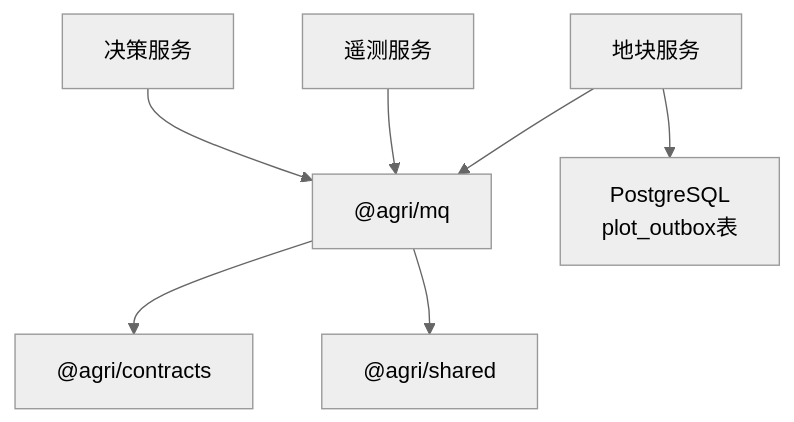
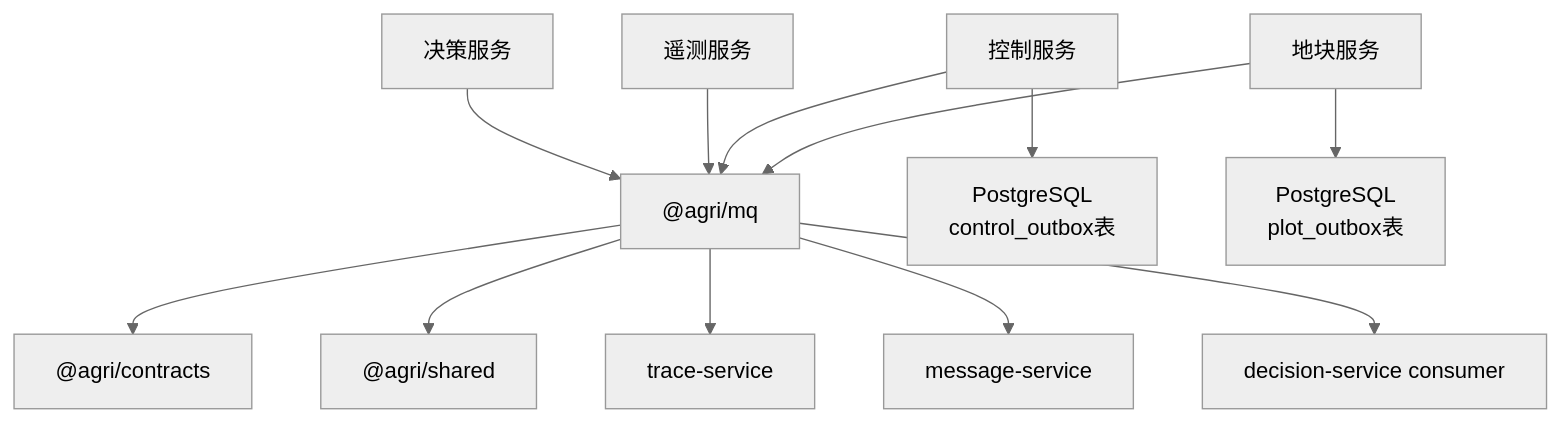
One commit to q446328246/agri-platform changed diagram 16 of 20 in .qoder/repowiki/zh/content/架构设计/事件驱动架构/事件驱动架构.md. Above: the diagram before and after it, drawn with Mermaid (neutral theme). The commit also changed other lines of this file and 35 other files, not shown here.

````diff
--- a/.qoder/repowiki/zh/content/架构设计/事件驱动架构/事件驱动架构.md
+++ b/.qoder/repowiki/zh/content/架构设计/事件驱动架构/事件驱动架构.md
@@ -455,9 +597,14 @@
 ```mermaid
 graph TB
 DEC["决策服务"] --> MQ["@agri/mq"]
 TEL["遥测服务"] --> MQ
+CTRL["控制服务"] --> MQ
 PLOT["地块服务"] --> MQ
-PLOT --> DB["PostgreSQL<br/>plot_outbox表"]
+CTRL --> DB["PostgreSQL<br/>control_outbox表"]
+PLOT --> DB2["PostgreSQL<br/>plot_outbox表"]
 MQ --> CONTRACTS["@agri/contracts"]
 MQ --> SHARED["@agri/shared"]
+MQ --> TRACE["trace-service"]
+MQ --> MSG["message-service"]
+MQ --> DEC_CONS["decision-service consumer"]
 ```
````
